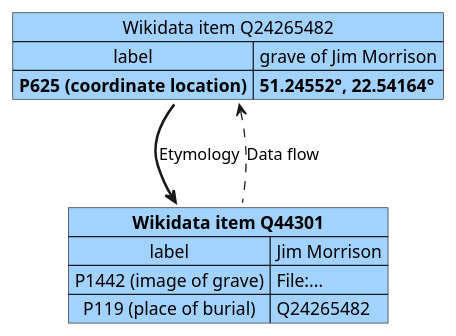
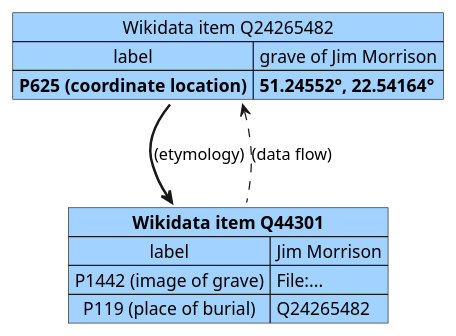
One commit to Danysan1/osm-wikidata-map-framework changed the diagram in images/data/wd_reverse.plantuml. Above: the diagram before and after it, drawn with PlantUML. The commit also changed 15 other files, not shown here.

Commit message:
Improve diagrams

```diff
--- a/images/data/wd_reverse.plantuml
+++ b/images/data/wd_reverse.plantuml
@@ -1,17 +1,17 @@
 @startuml wd_reverse
 
 map "**Wikidata item Q44301**" as wikia #a2d2ff {
   label => Jim Morrison
   P1442 (image of grave) => File:...
   P119 (place of burial) => Q24265482
 }
 
 map "Wikidata item Q24265482" as wikie #a2d2ff {
   label => grave of Jim Morrison
   **P625 (coordinate location)** => **51.24552°, 22.54164°**
 }
 
-wikie -[bold]-> wikia : Etymology
-wikie <.. wikia : Data flow
+wikie -[bold]-> wikia : (etymology)
+wikie <.. wikia : (data flow)
 
 @enduml
```
